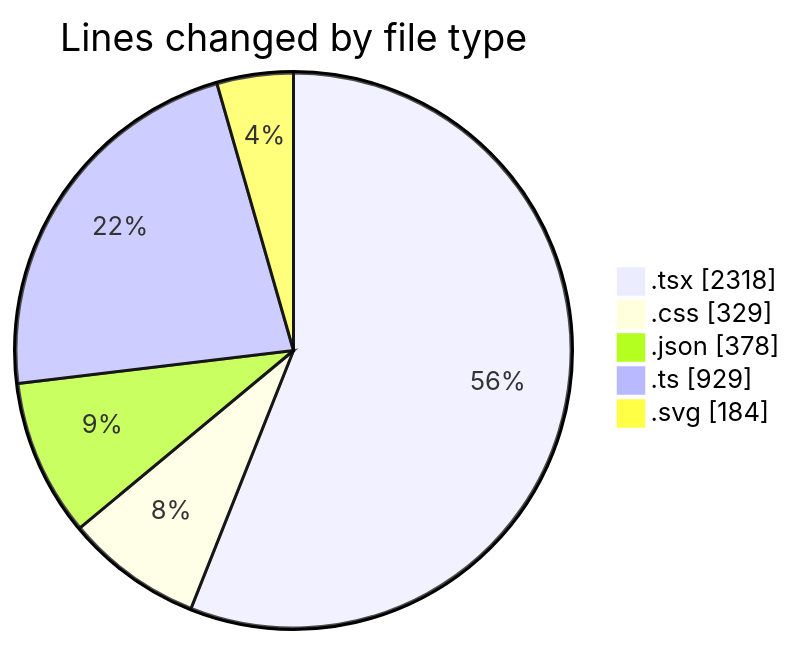
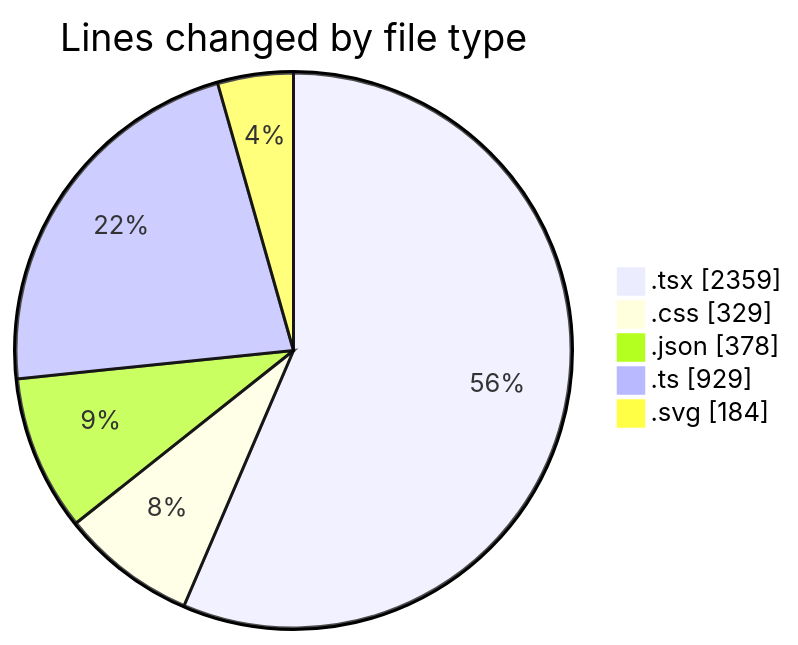
One commit to julien-gomy/code-tracking changed the first of 2 diagrams in 2025-10-10/eventscop-frontend-guide__workspace_/README.md. Above: the diagram before and after it, drawn with Mermaid. The commit also changed other lines of this file and 1 other file, not shown here.

````diff
--- a/2025-10-10/eventscop-frontend-guide__workspace_/README.md
+++ b/2025-10-10/eventscop-frontend-guide__workspace_/README.md
@@ -40,9 +41,9 @@
 ```mermaid
 pie showData
 title Lines changed by file type
-".tsx" : 2318
+".tsx" : 2359
 ".css" : 329
 ".json" : 378
 ".ts" : 929
 ".svg" : 184
 ```
````
